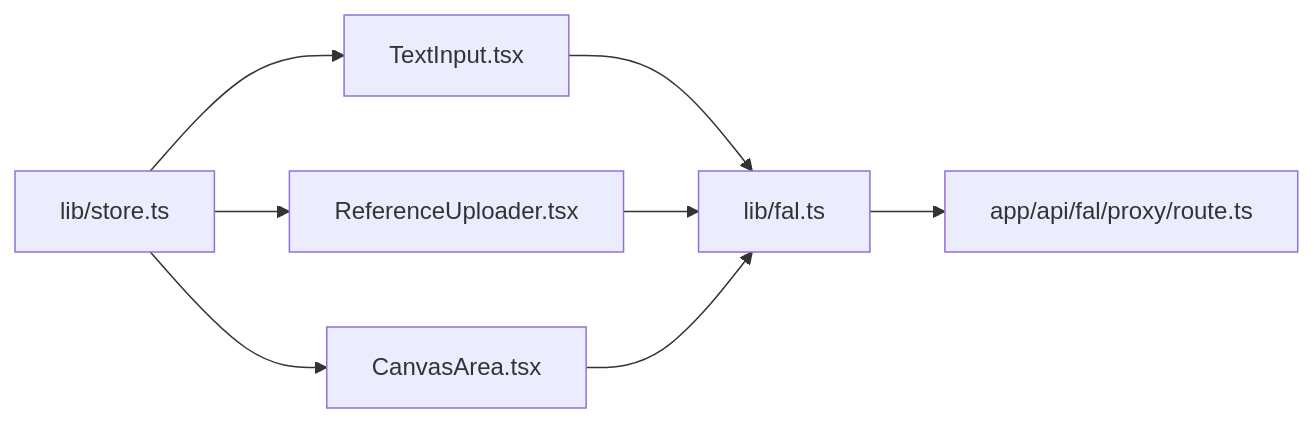
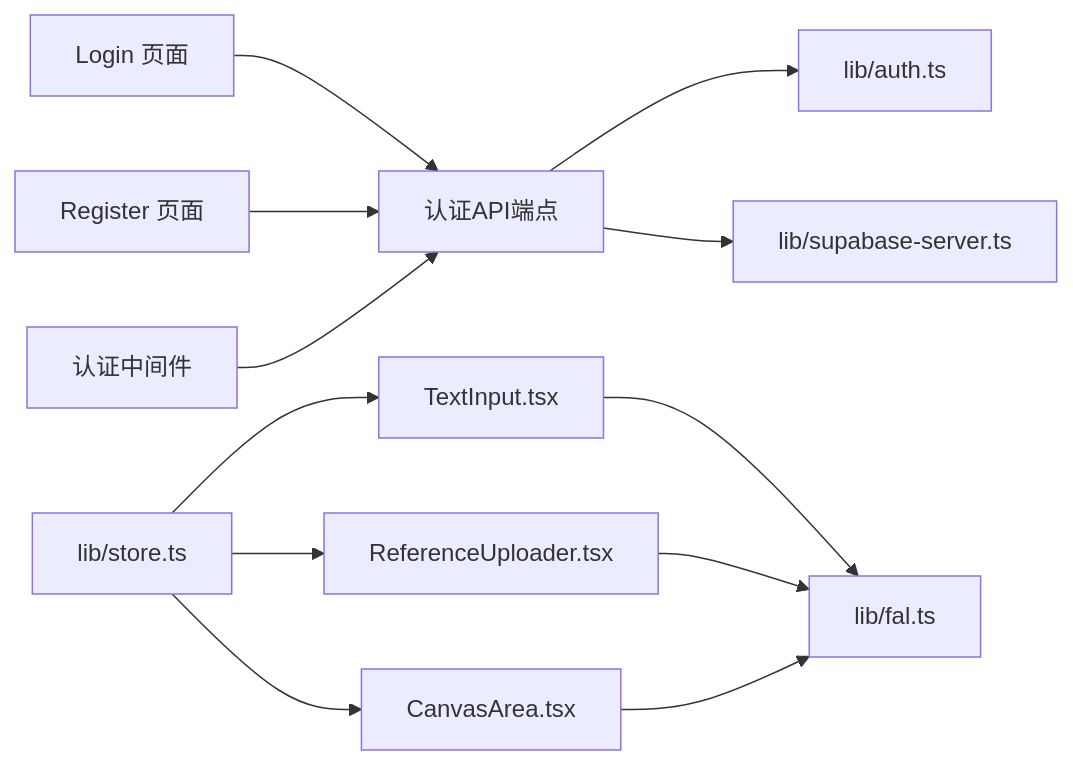
One commit to billye220670/BananaFlow2 changed the ninth of 9 diagrams in .qoder/repowiki/zh/content/API 集成.md. Above: the diagram before and after it, drawn with Mermaid. The commit also changed other lines of this file and 6 other files, not shown here.

````diff
--- a/.qoder/repowiki/zh/content/API 集成.md
+++ b/.qoder/repowiki/zh/content/API 集成.md
@@ -306,10 +482,14 @@
 ```mermaid
 graph LR
 A["TextInput.tsx"] --> B["lib/fal.ts"]
 C["ReferenceUploader.tsx"] --> B
 D["CanvasArea.tsx"] --> B
-B --> E["app/api/fal/proxy/route.ts"]
-F["lib/store.ts"] --> A
-F --> C
-F --> D
+E["Login 页面"] --> F["认证API端点"]
+G["Register 页面"] --> F
+F --> H["lib/auth.ts"]
+F --> I["lib/supabase-server.ts"]
+J["认证中间件"] --> F
+K["lib/store.ts"] --> A
+K --> C
+K --> D
 ```
````
